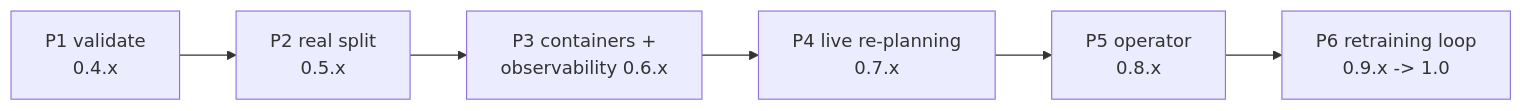
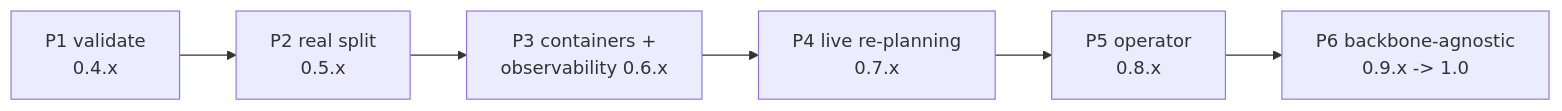
Before and after one commit to dantonioluigi/axonmesh: the diagram in docs/roadmap.md, drawn with Mermaid. The commit also changed other lines of this file and 1 other file, not shown here.

First line of the commit message:
Docs/roadmap generic (#12)

````diff
--- a/docs/roadmap.md
+++ b/docs/roadmap.md
@@ -7,8 +7,8 @@
 ```mermaid
 flowchart LR
     A[P1 validate<br/>0.4.x] --> B[P2 real split<br/>0.5.x]
     B --> C[P3 containers +<br/>observability 0.6.x]
     C --> D[P4 live re-planning<br/>0.7.x]
     D --> E[P5 operator<br/>0.8.x]
-    E --> F[P6 retraining loop<br/>0.9.x -> 1.0]
+    E --> F[P6 backbone-agnostic<br/>0.9.x -> 1.0]
 ```
````
